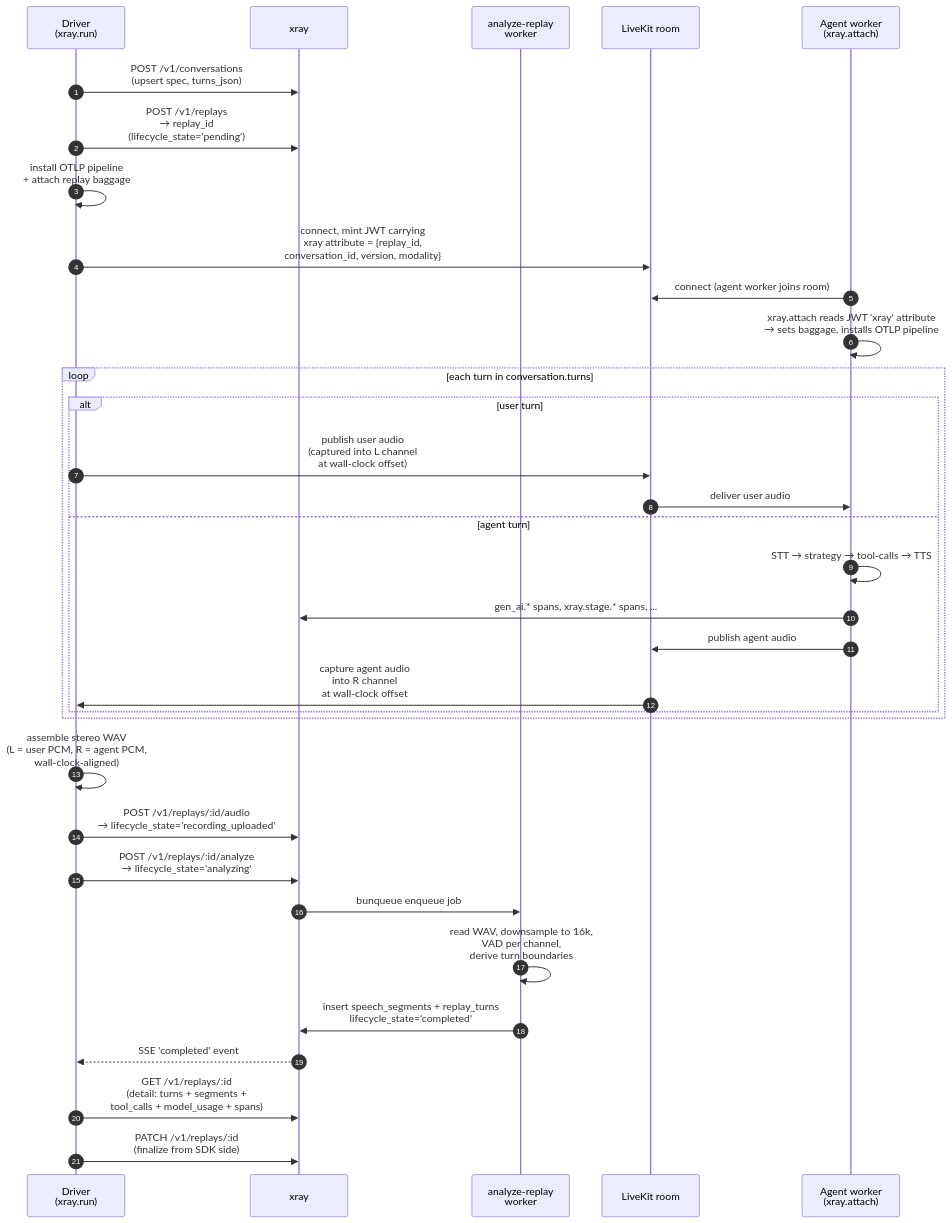
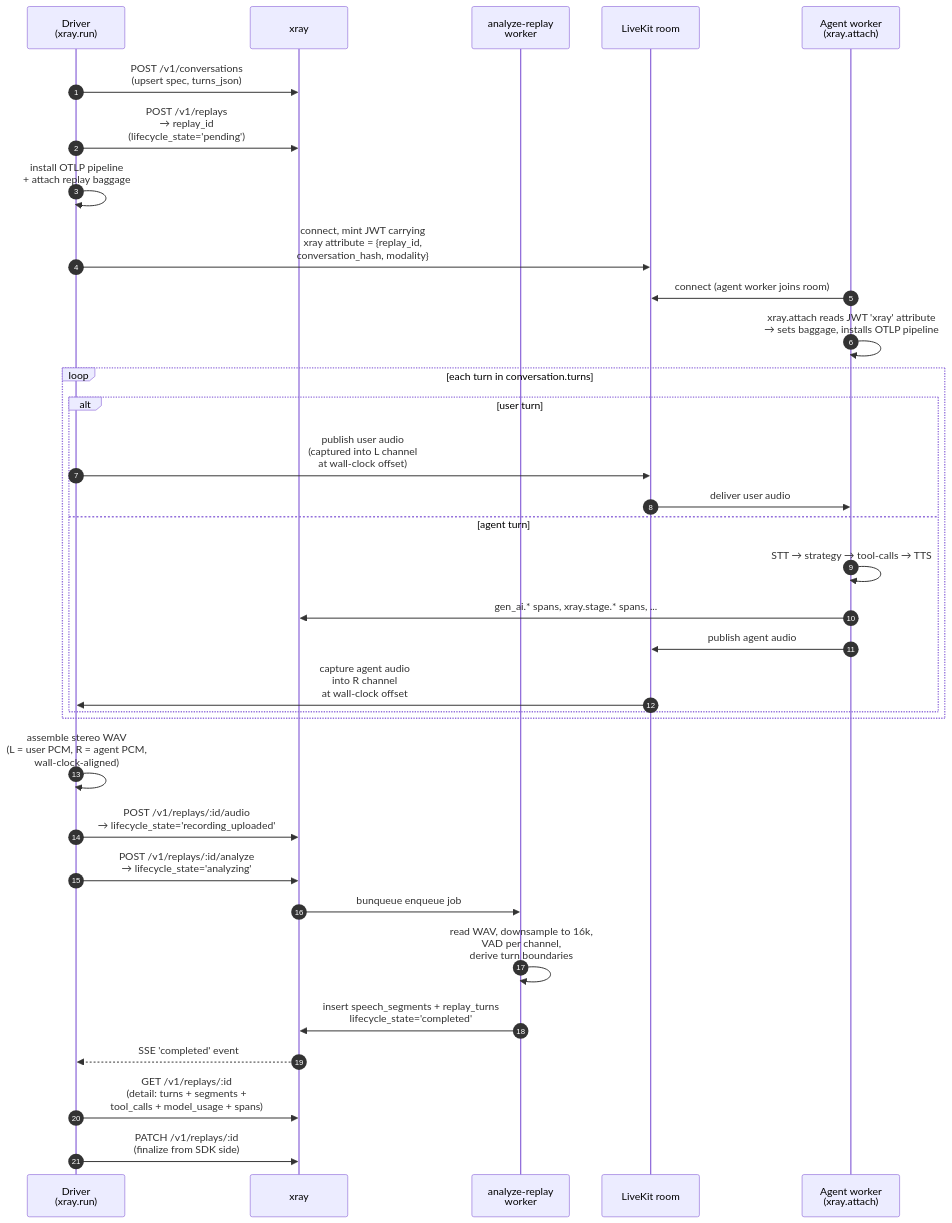
Before and after one commit to xray-eval/xray: the third of 5 diagrams in docs/architecture.md, drawn with Mermaid. The commit also changed other lines of this file and 70 other files, not shown here.

First line of the commit message:
feat: content-hash conversation identity (server-only hashing) (#64)

````diff
--- a/docs/architecture.md
+++ b/docs/architecture.md
@@ -223,38 +227,38 @@
 ```mermaid
 sequenceDiagram
     autonumber
     participant D as Driver<br/>(xray.run)
     participant X as xray
     participant W as analyze-replay<br/>worker
     participant LK as LiveKit room
     participant A as Agent worker<br/>(xray.attach)
 
     D->>X: POST /v1/conversations<br/>(upsert spec, turns_json)
     D->>X: POST /v1/replays<br/>→ replay_id<br/>(lifecycle_state='pending')
     D->>D: install OTLP pipeline<br/>+ attach replay baggage
-    D->>LK: connect, mint JWT carrying<br/>xray attribute = {replay_id,<br/>conversation_id, version, modality}
+    D->>LK: connect, mint JWT carrying<br/>xray attribute = {replay_id,<br/>conversation_hash, modality}
     A->>LK: connect (agent worker joins room)
     A->>A: xray.attach reads JWT 'xray' attribute<br/>→ sets baggage, installs OTLP pipeline
 
     loop each turn in conversation.turns
       alt user turn
         D->>LK: publish user audio<br/>(captured into L channel<br/>at wall-clock offset)
         LK->>A: deliver user audio
       else agent turn
         A->>A: STT → strategy → tool-calls → TTS
         A->>X: gen_ai.* spans, xray.stage.* spans, ...
         A->>LK: publish agent audio
         LK->>D: capture agent audio<br/>into R channel<br/>at wall-clock offset
       end
     end
 
     D->>D: assemble stereo WAV<br/>(L = user PCM, R = agent PCM,<br/>wall-clock-aligned)
     D->>X: POST /v1/replays/:id/audio<br/>→ lifecycle_state='recording_uploaded'
     D->>X: POST /v1/replays/:id/analyze<br/>→ lifecycle_state='analyzing'
     X->>W: bunqueue enqueue job
     W->>W: read WAV, downsample to 16k,<br/>VAD per channel,<br/>derive turn boundaries
     W->>X: insert speech_segments + replay_turns<br/>lifecycle_state='completed'
     X-->>D: SSE 'completed' event
     D->>X: GET /v1/replays/:id<br/>(detail: turns + segments +<br/>tool_calls + model_usage + spans)
     D->>X: PATCH /v1/replays/:id<br/>(finalize from SDK side)
 ```
````
